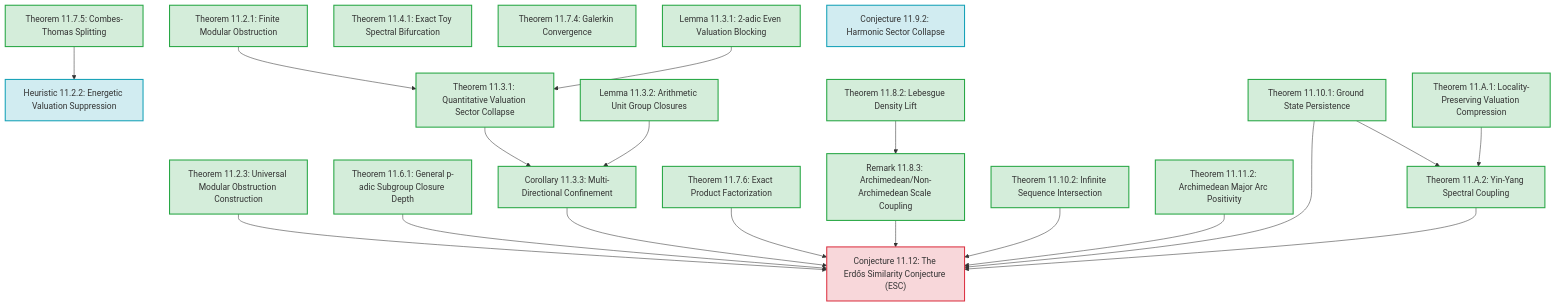
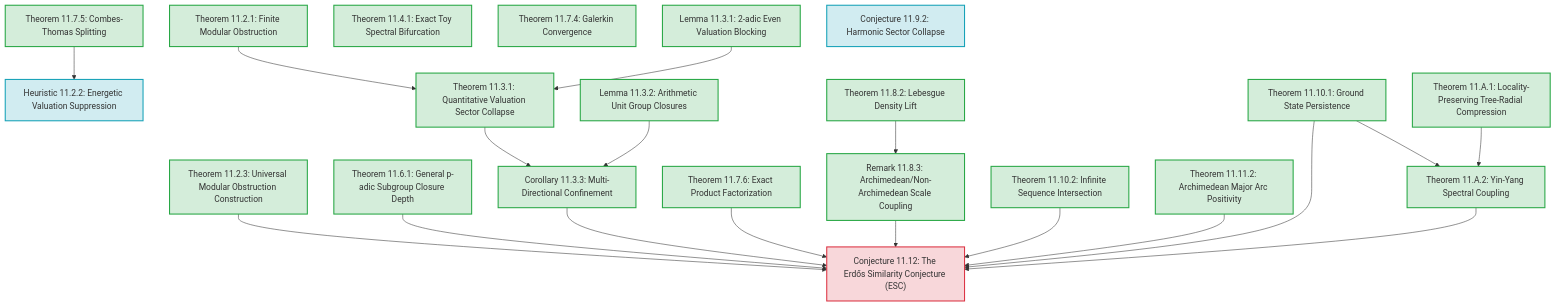
Before and after one commit to sneed-and-feed/adelic-spectral-zeta: the diagram in docs/monograph/11_erdos_similarity_adelic.md, drawn with Mermaid. The commit also changed other lines of this file, not shown here.

Commit message:
Fix terminology collision in Appendix 11.A to use tree-radial functions on Bruhat-Tits tree

````diff
--- a/docs/monograph/11_erdos_similarity_adelic.md
+++ b/docs/monograph/11_erdos_similarity_adelic.md
@@ -47,47 +47,47 @@
 ```mermaid
 graph TD
     classDef proved fill:#d4edda,stroke:#28a745,stroke-width:2px;
     classDef conditional fill:#fff3cd,stroke:#ffc107,stroke-width:2px;
     classDef numerical fill:#d1ecf1,stroke:#17a2b8,stroke-width:2px;
     classDef conjectural fill:#f8d7da,stroke:#dc3545,stroke-width:2px;
 
     T1121["Theorem 11.2.1: Finite Modular Obstruction"]:::proved
     H1122["Heuristic 11.2.2: Energetic Valuation Suppression"]:::numerical
     T1123["Theorem 11.2.3: Universal Modular Obstruction Construction"]:::proved
     L1131["Lemma 11.3.1: 2-adic Even Valuation Blocking"]:::proved
     T1131["Theorem 11.3.1: Quantitative Valuation Sector Collapse"]:::proved
     L1132["Lemma 11.3.2: Arithmetic Unit Group Closures"]:::proved
     T1161["Theorem 11.6.1: General p-adic Subgroup Closure Depth"]:::proved
     C1133["Corollary 11.3.3: Multi-Directional Confinement"]:::proved
     T1141["Theorem 11.4.1: Exact Toy Spectral Bifurcation"]:::proved
     T1174["Theorem 11.7.4: Galerkin Convergence"]:::proved
     T1175["Theorem 11.7.5: Combes-Thomas Splitting"]:::proved
     T1176["Theorem 11.7.6: Exact Product Factorization"]:::proved
     T1182["Theorem 11.8.2: Lebesgue Density Lift"]:::proved
     R1183["Remark 11.8.3: Archimedean/Non-Archimedean Scale Coupling"]:::proved
     H1192["Conjecture 11.9.2: Harmonic Sector Collapse"]:::numerical
     T11101["Theorem 11.10.1: Ground State Persistence"]:::proved
     T11102["Theorem 11.10.2: Infinite Sequence Intersection"]:::proved
     T11112["Theorem 11.11.2: Archimedean Major Arc Positivity"]:::proved
-    T11A1["Theorem 11.A.1: Locality-Preserving Valuation Compression"]:::proved
+    T11A1["Theorem 11.A.1: Locality-Preserving Tree-Radial Compression"]:::proved
     T11A2["Theorem 11.A.2: Yin-Yang Spectral Coupling"]:::proved
     ESC["Conjecture 11.12: The Erdős Similarity Conjecture (ESC)"]:::conjectural
 
     T1121 --> T1131
     L1131 --> T1131
     T1131 --> C1133
     L1132 --> C1133
     T1175 --> H1122
     T1182 --> R1183
     T1123 --> ESC
     C1133 --> ESC
     R1183 --> ESC
     T11101 --> ESC
     T11102 --> ESC
     T11112 --> ESC
     T1176 --> ESC
     T1161 --> ESC
     T11A1 --> T11A2
     T11101 --> T11A2
     T11A2 --> ESC
 ```
````
